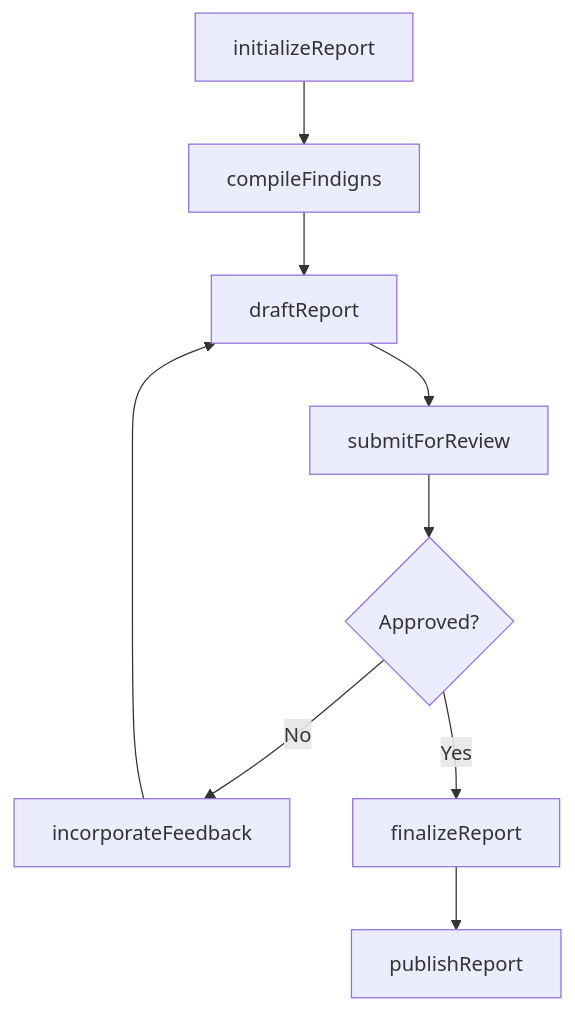
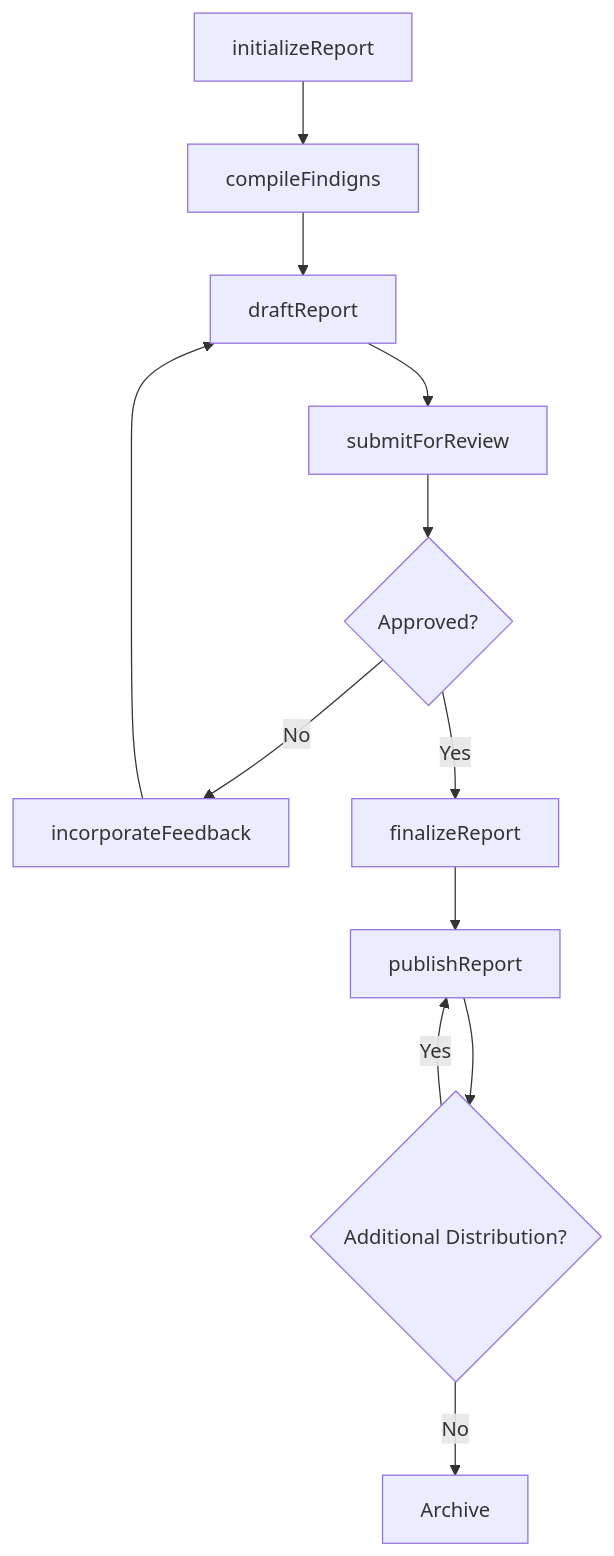
One commit to dot-org-ai/tasks.org.ai changed the third of 4 diagrams in DocumentingRecordingInformation/PresentResearchOrTechnicalInformation/PrepareResearchTechnicalReports.mdx. Above: the diagram before and after it, drawn with Mermaid. The commit also changed other lines of this file and 959 other files, not shown here.

````diff
--- a/DocumentingRecordingInformation/PresentResearchOrTechnicalInformation/PrepareResearchTechnicalReports.mdx
+++ b/DocumentingRecordingInformation/PresentResearchOrTechnicalInformation/PrepareResearchTechnicalReports.mdx
@@ -86,11 +112,14 @@
 ```mermaid
 graph TD
     A[initializeReport] --> B[compileFindigns]
     B --> C[draftReport]
     C --> D[submitForReview]
     D --> E{Approved?}
     E -->|No| F[incorporateFeedback]
     F --> C
     E -->|Yes| G[finalizeReport]
     G --> H[publishReport]
+    H --> I{Additional Distribution?}
+    I -->|Yes| H
+    I -->|No| J[Archive]
 ```
````
